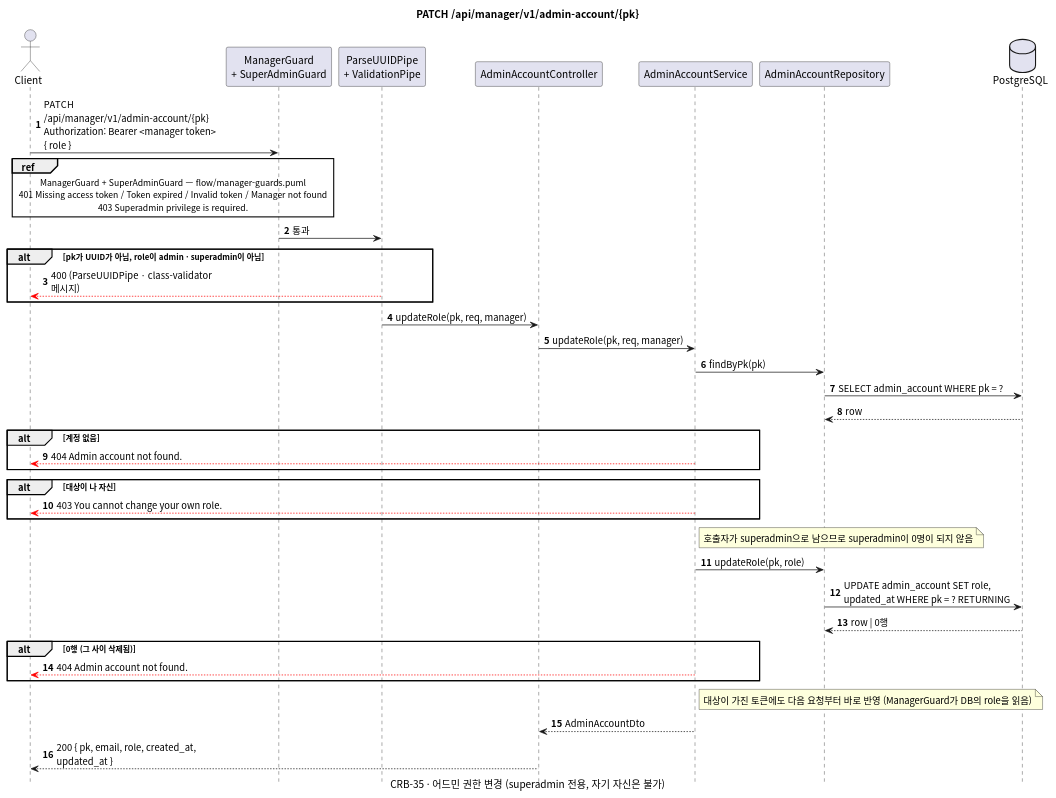
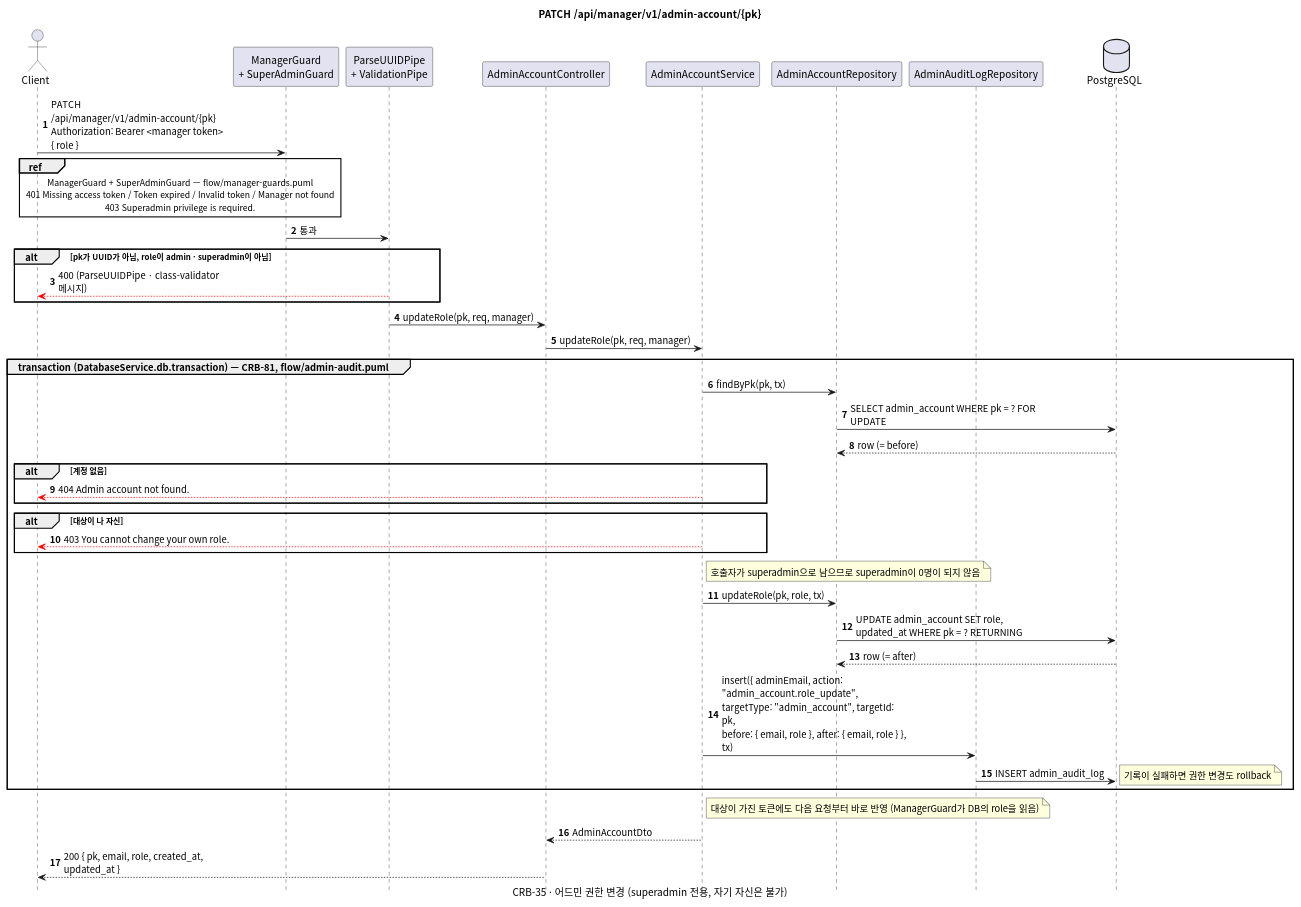
Before and after one commit to gsainfoteam/cheers-be: the diagram in docs/sequence/manager/patch-admin-account-pk.puml, drawn with PlantUML. The commit also changed 88 other files, not shown here.

Commit message:
- feat: 어드민 변경 감사 로그(admin_audit_log, 변경 전·후 값)와 접근 로그 · 감사 로그 조회 API

```diff
--- a/docs/sequence/manager/patch-admin-account-pk.puml
+++ b/docs/sequence/manager/patch-admin-account-pk.puml
@@ -1,50 +1,53 @@
 @startuml patch-manager-admin-account-pk
 skinparam defaultFontName "Apple SD Gothic Neo", "Noto Sans CJK KR", sans-serif
 skinparam responseMessageBelowArrow true
 skinparam sequenceMessageAlign left
 skinparam maxMessageSize 260
 skinparam BoxPadding 8
 skinparam shadowing false
 autonumber
 hide footbox
 
 title PATCH /api/manager/v1/admin-account/{pk}
 caption CRB-35 · 어드민 권한 변경 (superadmin 전용, 자기 자신은 불가)
 
 actor Client
 participant "ManagerGuard\n+ SuperAdminGuard" as Guard
 participant "ParseUUIDPipe\n+ ValidationPipe" as Pipe
 participant "AdminAccountController" as Controller
 participant "AdminAccountService" as Service
 participant "AdminAccountRepository" as AdminAccountRepository
+participant "AdminAuditLogRepository" as AdminAuditLogRepository
 database PostgreSQL
 
 Client -> Guard: PATCH /api/manager/v1/admin-account/{pk}\nAuthorization: Bearer <manager token>\n{ role }
 ref over Client, Guard: ManagerGuard + SuperAdminGuard — flow/manager-guards.puml\n401 Missing access token / Token expired / Invalid token / Manager not found\n403 Superadmin privilege is required.
 Guard -> Pipe: 통과
 alt pk가 UUID가 아님, role이 admin · superadmin이 아님
   Pipe -[#red]-> Client: 400 (ParseUUIDPipe · class-validator 메시지)
 end
 Pipe -> Controller: updateRole(pk, req, manager)
 Controller -> Service: updateRole(pk, req, manager)
-Service -> AdminAccountRepository: findByPk(pk)
-AdminAccountRepository -> PostgreSQL: SELECT admin_account WHERE pk = ?
-PostgreSQL --> AdminAccountRepository: row
-alt 계정 없음
-  Service -[#red]-> Client: 404 Admin account not found.
-end
-alt 대상이 나 자신
-  Service -[#red]-> Client: 403 You cannot change your own role.
-end
-note right of Service: 호출자가 superadmin으로 남으므로 superadmin이 0명이 되지 않음
-Service -> AdminAccountRepository: updateRole(pk, role)
-AdminAccountRepository -> PostgreSQL: UPDATE admin_account SET role, updated_at WHERE pk = ? RETURNING
-PostgreSQL --> AdminAccountRepository: row | 0행
-alt 0행 (그 사이 삭제됨)
-  Service -[#red]-> Client: 404 Admin account not found.
+group transaction (DatabaseService.db.transaction) — CRB-81, flow/admin-audit.puml
+  Service -> AdminAccountRepository: findByPk(pk, tx)
+  AdminAccountRepository -> PostgreSQL: SELECT admin_account WHERE pk = ? FOR UPDATE
+  PostgreSQL --> AdminAccountRepository: row (= before)
+  alt 계정 없음
+    Service -[#red]-> Client: 404 Admin account not found.
+  end
+  alt 대상이 나 자신
+    Service -[#red]-> Client: 403 You cannot change your own role.
+  end
+  note right of Service: 호출자가 superadmin으로 남으므로 superadmin이 0명이 되지 않음
+  Service -> AdminAccountRepository: updateRole(pk, role, tx)
+  AdminAccountRepository -> PostgreSQL: UPDATE admin_account SET role, updated_at WHERE pk = ? RETURNING
+  PostgreSQL --> AdminAccountRepository: row (= after)
+  Service -> AdminAuditLogRepository: insert({ adminEmail, action: "admin_account.role_update", targetType: "admin_account", targetId: pk,\nbefore: { email, role }, after: { email, role } }, tx)
+  AdminAuditLogRepository -> PostgreSQL: INSERT admin_audit_log
+  note right: 기록이 실패하면 권한 변경도 rollback
 end
 note right of Service: 대상이 가진 토큰에도 다음 요청부터 바로 반영 (ManagerGuard가 DB의 role을 읽음)
 Service --> Controller: AdminAccountDto
 Controller --> Client: 200 { pk, email, role, created_at, updated_at }
 
 @enduml
```
